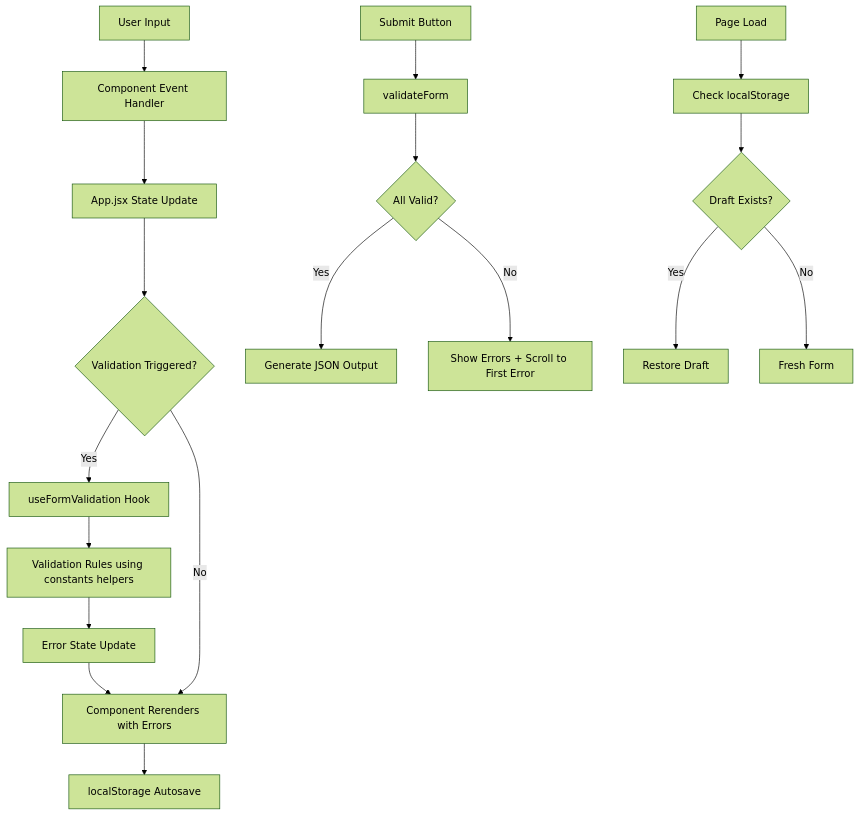
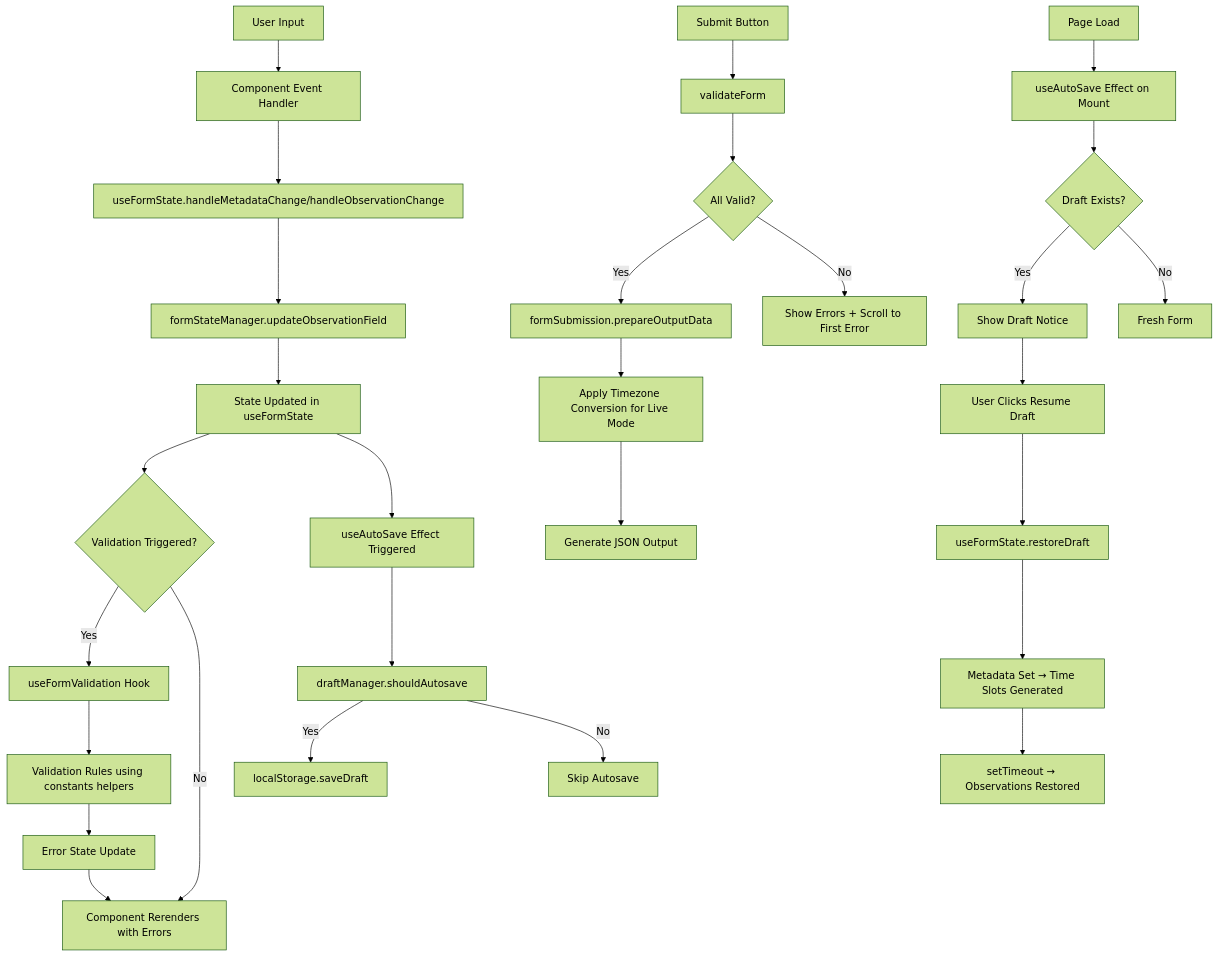
Before and after one commit to iboughtamouse/wbs-ethogram-form: the diagram in ARCHITECTURE.md, drawn with Mermaid (forest theme). The commit also changed other lines of this file and 1 other file, not shown here.

First line of the commit message:
docs: update architecture documentation for Phase 3 completion

````diff
--- a/ARCHITECTURE.md
+++ b/ARCHITECTURE.md
@@ -108,22 +162,33 @@
 ```mermaid
 graph TD
     A[User Input] --> B[Component Event Handler]
-    B --> C[App.jsx State Update]
-    C --> D{Validation Triggered?}
-    D -->|Yes| E[useFormValidation Hook]
-    E --> F[Validation Rules using constants helpers]
-    F --> G[Error State Update]
-    G --> H[Component Rerenders with Errors]
-    D -->|No| H
-    H --> I[localStorage Autosave]
+    B --> C[useFormState.handleMetadataChange/handleObservationChange]
+    C --> D[formStateManager.updateObservationField]
+    D --> E[State Updated in useFormState]
+    E --> F{Validation Triggered?}
+    F -->|Yes| G[useFormValidation Hook]
+    G --> H[Validation Rules using constants helpers]
+    H --> I[Error State Update]
+    I --> J[Component Rerenders with Errors]
+    F -->|No| J
+    E --> K[useAutoSave Effect Triggered]
+    K --> L[draftManager.shouldAutosave]
+    L -->|Yes| M[localStorage.saveDraft]
+    L -->|No| N[Skip Autosave]
 
-    J[Submit Button] --> K[validateForm]
-    K --> L{All Valid?}
-    L -->|Yes| M[Generate JSON Output]
-    L -->|No| N[Show Errors + Scroll to First Error]
+    O[Submit Button] --> P[validateForm]
+    P --> Q{All Valid?}
+    Q -->|Yes| R[formSubmission.prepareOutputData]
+    R --> S[Apply Timezone Conversion for Live Mode]
+    S --> T[Generate JSON Output]
+    Q -->|No| U[Show Errors + Scroll to First Error]
 
-    O[Page Load] --> P[Check localStorage]
-    P --> Q{Draft Exists?}
-    Q -->|Yes| R[Restore Draft]
-    Q -->|No| S[Fresh Form]
+    V[Page Load] --> W[useAutoSave Effect on Mount]
+    W --> X{Draft Exists?}
+    X -->|Yes| Y[Show Draft Notice]
+    Y --> Z[User Clicks Resume Draft]
+    Z --> AA[useFormState.restoreDraft]
+    AA --> AB[Metadata Set → Time Slots Generated]
+    AB --> AC[setTimeout → Observations Restored]
+    X -->|No| AD[Fresh Form]
 ```
````
